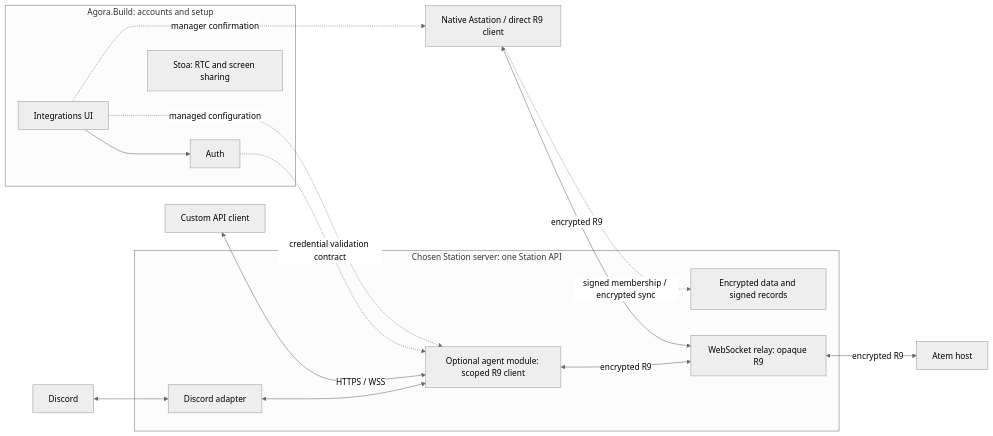
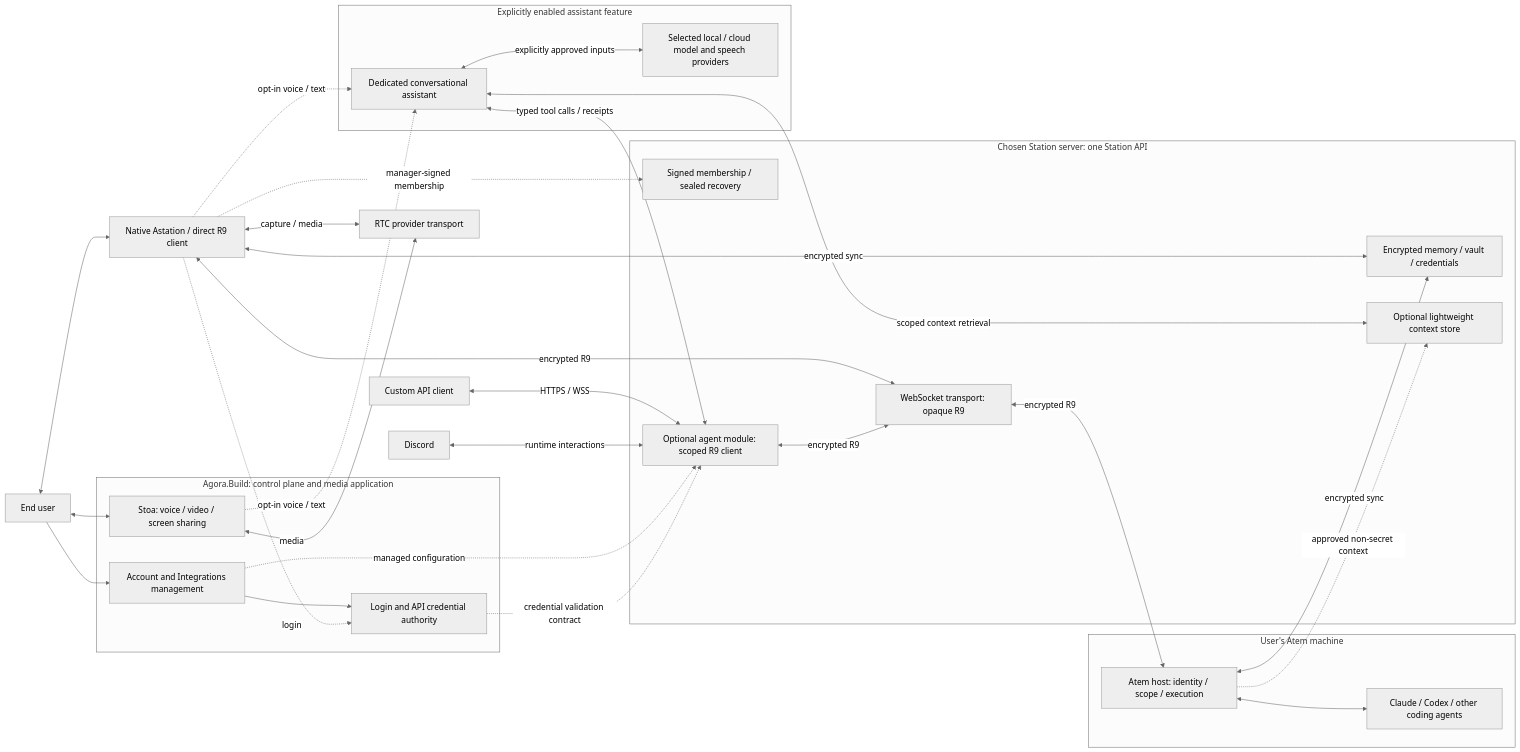
Before and after one commit to Agora-Build/Astation: the first of 2 diagrams in designs/unified-integrations.md, drawn with Mermaid (neutral theme). The commit also changed other lines of this file, not shown here.

First line of the commit message:
docs: share opt-in assistant design and lightweight context plan

````diff
--- a/designs/unified-integrations.md
+++ b/designs/unified-integrations.md
@@ -145,25 +167,47 @@
 ```mermaid
 flowchart LR
-    subgraph Account[Agora.Build: accounts and setup]
-      Portal[Integrations UI]
-      Auth[Auth]
-      Stoa[Stoa: RTC and screen sharing]
+    subgraph Account[Agora.Build: control plane and media application]
+      Portal[Account and Integrations management]
+      Auth[Login and API credential authority]
+      Stoa[Stoa: voice / video / screen sharing]
     end
     subgraph Station[Chosen Station server: one Station API]
-      Relay[WebSocket relay: opaque R9]
-      Store[Encrypted data and signed records]
-      Agents[Optional agent module: scoped R9 client]
-      DiscordAdapter[Discord adapter]
+      Relay[WebSocket transport: opaque R9]
+      Store[Encrypted memory / vault / credentials]
+      Trust[Signed membership / sealed recovery]
+      Ops[Optional agent module: scoped R9 client]
+      Context[Optional lightweight context store]
     end
-    Native[Native Astation / direct R9 client] <-->|encrypted R9| Relay
-    Relay <-->|encrypted R9| Atem[Atem host]
-    Agents <-->|encrypted R9| Relay
-    Custom[Custom API client] <-->|HTTPS / WSS| Agents
-    Discord[Discord] <--> DiscordAdapter
-    DiscordAdapter <--> Agents
+    subgraph Host[User's Atem machine]
+      Atem[Atem host: identity / scope / execution]
+      Coding[Claude / Codex / other coding agents]
+    end
+    subgraph Future[Explicitly enabled assistant feature]
+      Assistant[Dedicated conversational assistant]
+      Model[Selected local / cloud model and speech providers]
+    end
+    User[End user] --> Portal
+    User <--> Native[Native Astation / direct R9 client]
+    User <--> Stoa
+    Native <-->|encrypted R9| Relay
+    Relay <-->|encrypted R9| Atem
+    Atem <--> Coding
+    Ops <-->|encrypted R9| Relay
+    Custom[Custom API client] <-->|HTTPS / WSS| Ops
+    Discord[Discord] <-->|runtime interactions| Ops
+    Native <-->|encrypted sync| Store
+    Atem <-->|encrypted sync| Store
     Portal --> Auth
-    Portal -. managed configuration .-> Agents
-    Auth -. credential validation contract .-> Agents
-    Portal -. manager confirmation .-> Native
-    Native -. signed membership / encrypted sync .-> Store
+    Native -. login .-> Auth
+    Portal -. managed configuration .-> Ops
+    Auth -. credential validation contract .-> Ops
+    Native -. manager-signed membership .-> Trust
+    Stoa <-->|media| RTC[RTC provider transport]
+    Native <-->|capture / media| RTC
+    Stoa -. opt-in voice / text .-> Assistant
+    Native -. opt-in voice / text .-> Assistant
+    Atem -. approved non-secret context .-> Context
+    Assistant <-->|scoped context retrieval| Context
+    Assistant <-->|typed tool calls / receipts| Ops
+    Assistant <-->|explicitly approved inputs| Model
 ```
````
